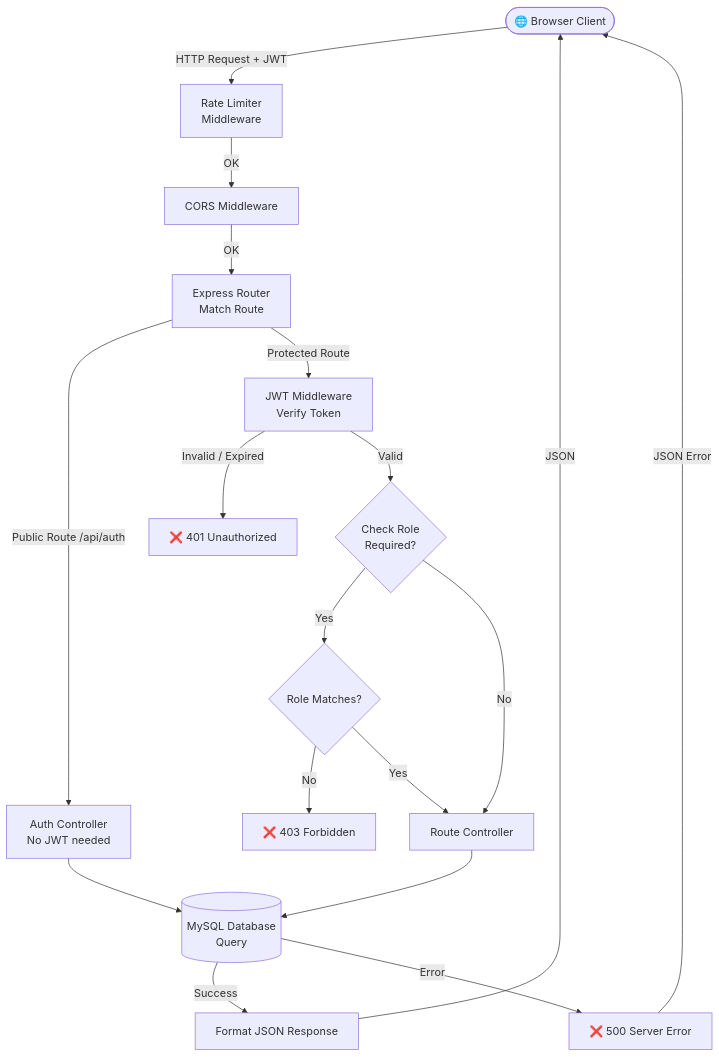
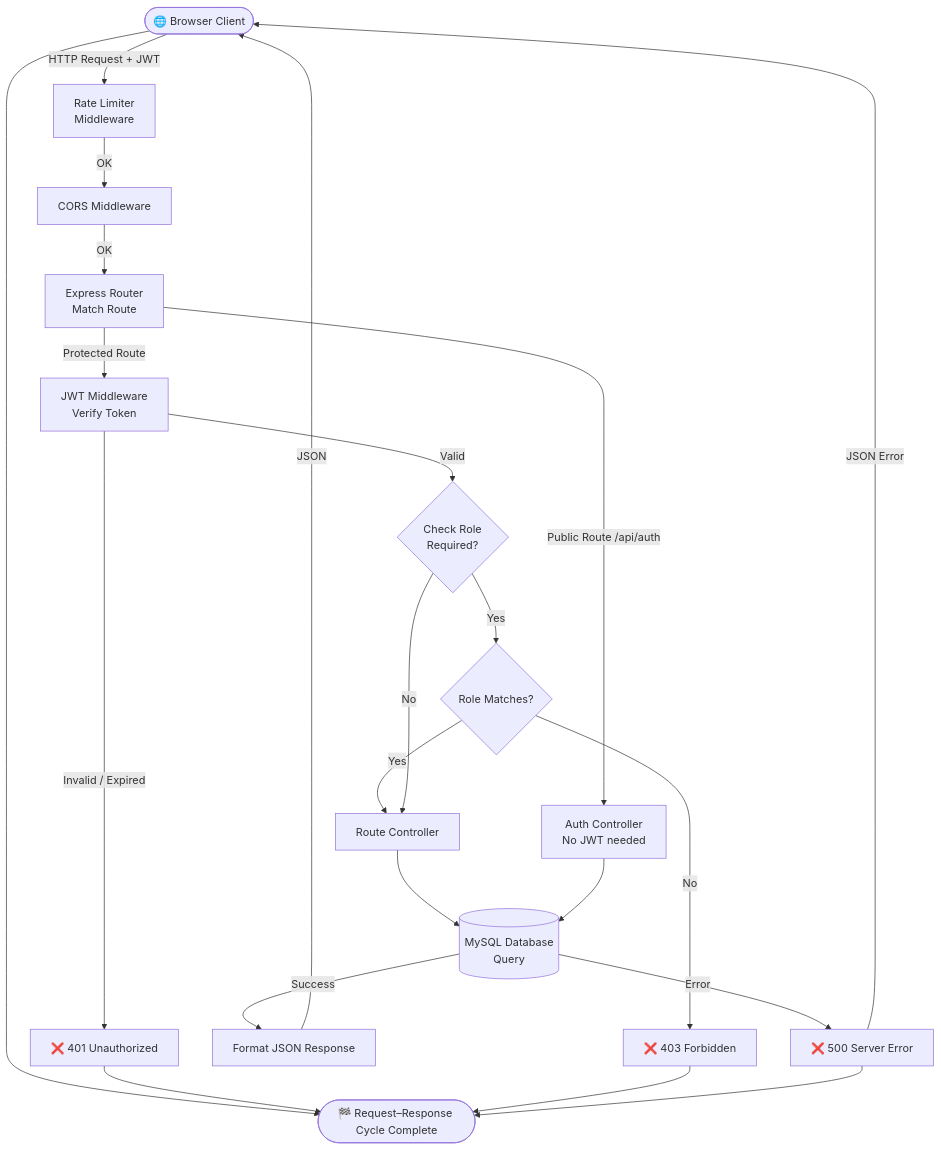
One commit to erabdurrahman/financial_resourse_managment_for_social-_wlefare changed the eighth of 8 diagrams in docs/flow-diagram.md. Above: the diagram before and after it, drawn with Mermaid. The commit also changed other lines of this file, not shown here.

First line of the commit message:
Add end terminal nodes to all flow diagrams in docs/flow-diagram.md

````diff
--- a/docs/flow-diagram.md
+++ b/docs/flow-diagram.md
@@ -246,25 +273,30 @@
 ```mermaid
 flowchart TD
     Client([🌐 Browser Client]) -->|HTTP Request + JWT| RateLimit[Rate Limiter\nMiddleware]
     RateLimit -->|OK| CORS[CORS Middleware]
     CORS -->|OK| Router[Express Router\nMatch Route]
 
     Router -->|Public Route /api/auth| AuthCtrl[Auth Controller\nNo JWT needed]
     Router -->|Protected Route| JWTMiddleware[JWT Middleware\nVerify Token]
 
     JWTMiddleware -->|Invalid / Expired| Reject401[❌ 401 Unauthorized]
     JWTMiddleware -->|Valid| RoleMiddleware{Check Role\nRequired?}
 
     RoleMiddleware -- Yes --> RoleMatch{Role Matches?}
     RoleMatch -- No --> Reject403[❌ 403 Forbidden]
     RoleMatch -- Yes --> Controller[Route Controller]
     RoleMiddleware -- No --> Controller
 
     Controller --> DBQuery[(MySQL Database\nQuery)]
     DBQuery -->|Success| FormatRes[Format JSON Response]
     DBQuery -->|Error| DBError[❌ 500 Server Error]
 
     AuthCtrl --> DBQuery
     FormatRes -->|JSON| Client
     DBError -->|JSON Error| Client
+
+    Client --> APIEnd([🏁 Request–Response Cycle Complete])
+    Reject401 --> APIEnd
+    Reject403 --> APIEnd
+    DBError --> APIEnd
 ```
````
